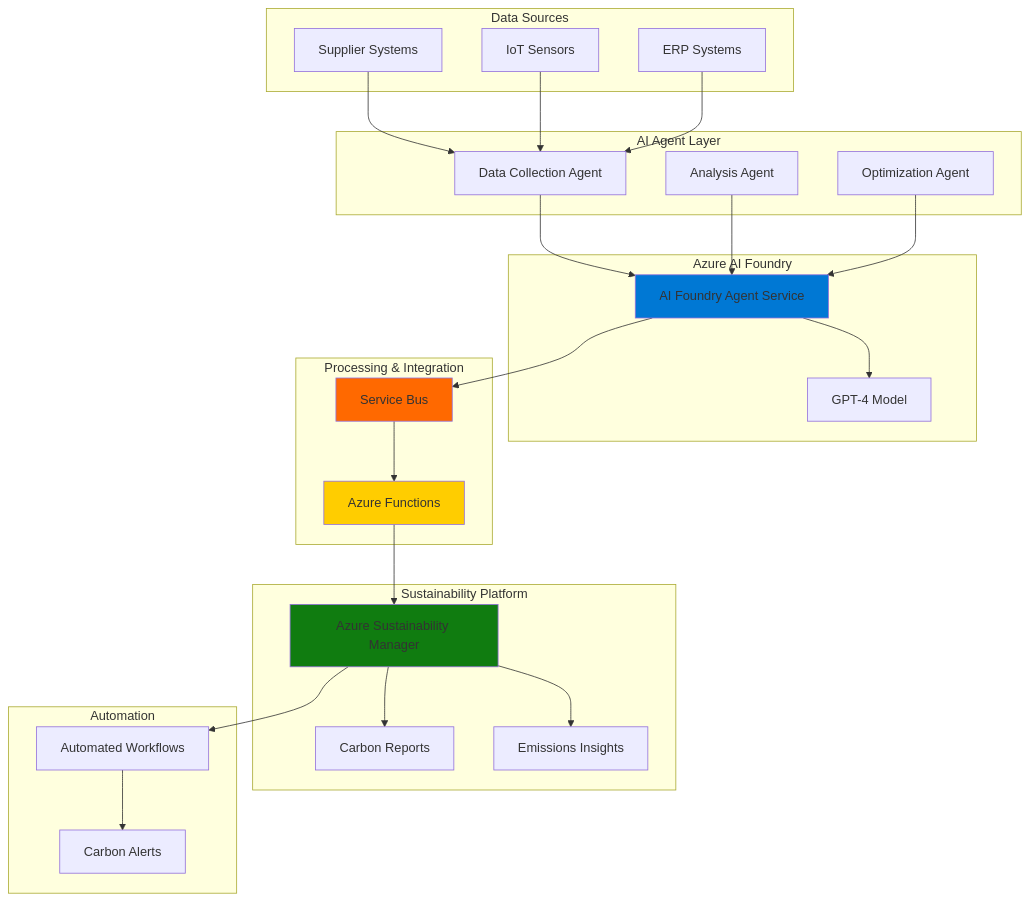
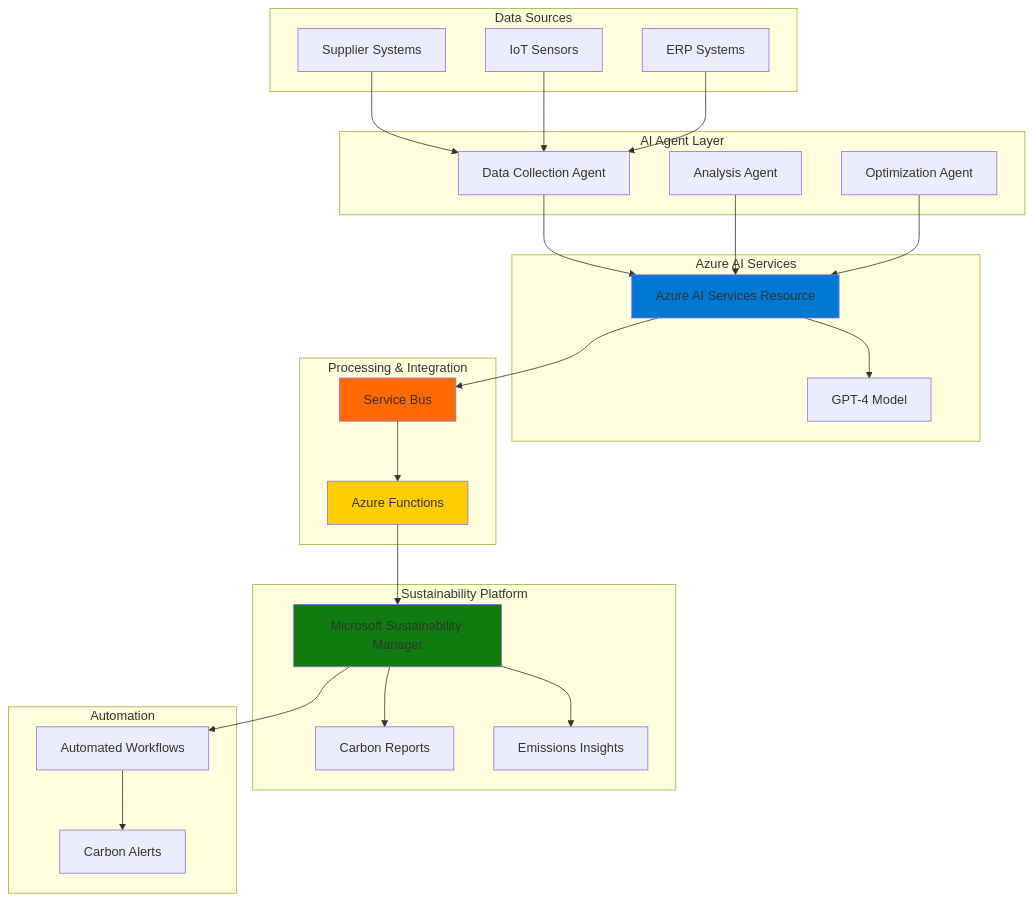
The diagram in azure/supply-chain-carbon-tracking-ai-agents/supply-chain-carbon-tracking-ai-agents.md (mzazon/awesome-cloud-projects), drawn with Mermaid before and after one commit. The commit also changed other lines of this file and 5581 other files, not shown here.

````diff
--- a/azure/supply-chain-carbon-tracking-ai-agents/supply-chain-carbon-tracking-ai-agents.md
+++ b/azure/supply-chain-carbon-tracking-ai-agents/supply-chain-carbon-tracking-ai-agents.md
@@ -30,59 +30,59 @@
 ```mermaid
 graph TB
     subgraph "Data Sources"
         SUPPLIERS[Supplier Systems]
         IOT[IoT Sensors]
         ERP[ERP Systems]
     end
     
     subgraph "AI Agent Layer"
         AGENT1[Data Collection Agent]
         AGENT2[Analysis Agent]
         AGENT3[Optimization Agent]
     end
     
-    subgraph "Azure AI Foundry"
-        AIF[AI Foundry Agent Service]
+    subgraph "Azure AI Services"
+        AIS[Azure AI Services Resource]
         MODEL[GPT-4 Model]
     end
     
     subgraph "Processing & Integration"
         SB[Service Bus]
         FUNC[Azure Functions]
     end
     
     subgraph "Sustainability Platform"
-        ASM[Azure Sustainability Manager]
+        ASM[Microsoft Sustainability Manager]
         REPORTS[Carbon Reports]
         INSIGHTS[Emissions Insights]
     end
     
     subgraph "Automation"
         WORKFLOWS[Automated Workflows]
         ALERTS[Carbon Alerts]
     end
     
     SUPPLIERS --> AGENT1
     IOT --> AGENT1
     ERP --> AGENT1
     
-    AGENT1 --> AIF
-    AGENT2 --> AIF
-    AGENT3 --> AIF
+    AGENT1 --> AIS
+    AGENT2 --> AIS
+    AGENT3 --> AIS
     
-    AIF --> MODEL
-    AIF --> SB
+    AIS --> MODEL
+    AIS --> SB
     
     SB --> FUNC
     FUNC --> ASM
     
     ASM --> REPORTS
     ASM --> INSIGHTS
     ASM --> WORKFLOWS
     WORKFLOWS --> ALERTS
     
-    style AIF fill:#0078D4
+    style AIS fill:#0078D4
     style ASM fill:#107C10
     style SB fill:#FF6900
     style FUNC fill:#FFCD00
 ```
````
